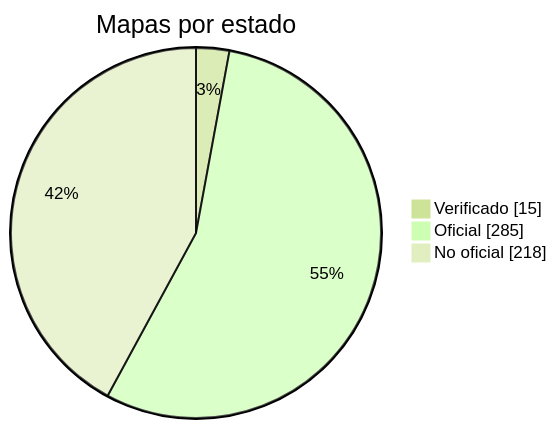
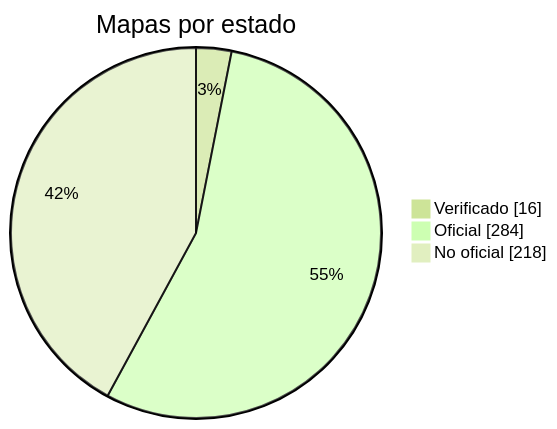
Before and after one commit to nobrega8/mbmap-library: the diagram in docs/readme/README_ES.md, drawn with Mermaid (forest theme). The commit also changed 13 other files, not shown here.

````diff
--- a/docs/readme/README_ES.md
+++ b/docs/readme/README_ES.md
@@ -54,7 +54,7 @@
 ```mermaid
 pie showData
     title Mapas por estado
-    "Verificado" : 15
-    "Oficial" : 285
+    "Verificado" : 16
+    "Oficial" : 284
     "No oficial" : 218
 ```
````
